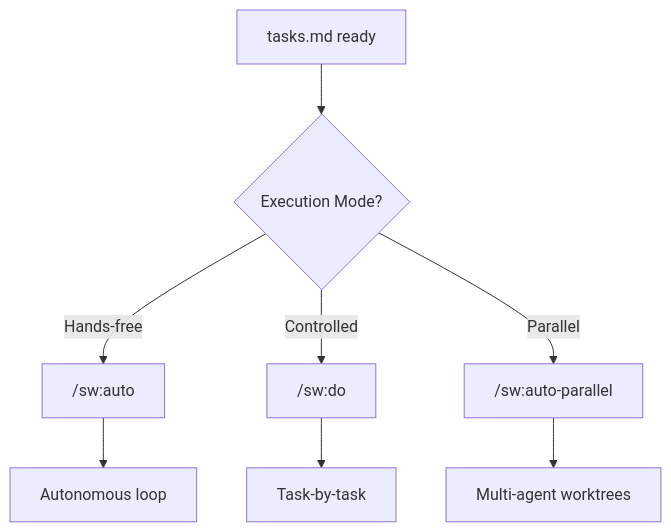
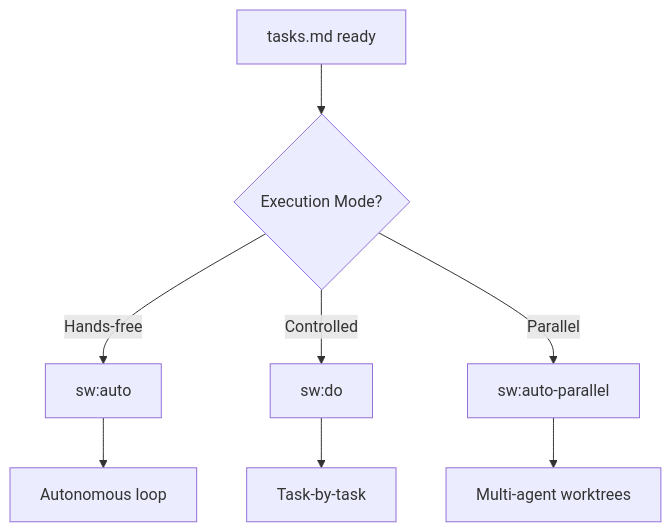
The second of 4 diagrams in docs-site/docs/reference/use-case-guide.md (anton-abyzov/specweave), drawn with Mermaid before and after one commit. The commit also changed other lines of this file and 328 other files, not shown here.

````diff
--- a/docs-site/docs/reference/use-case-guide.md
+++ b/docs-site/docs/reference/use-case-guide.md
@@ -194,10 +194,10 @@
 ```mermaid
 graph TD
     A[tasks.md ready] --> B{Execution Mode?}
-    B -->|Hands-free| C["/sw:auto"]
-    B -->|Controlled| D["/sw:do"]
-    B -->|Parallel| E["/sw:auto-parallel"]
+    B -->|Hands-free| C["sw:auto"]
+    B -->|Controlled| D["sw:do"]
+    B -->|Parallel| E["sw:auto-parallel"]
     C --> F[Autonomous loop]
     D --> G[Task-by-task]
     E --> H[Multi-agent worktrees]
 ```
````
